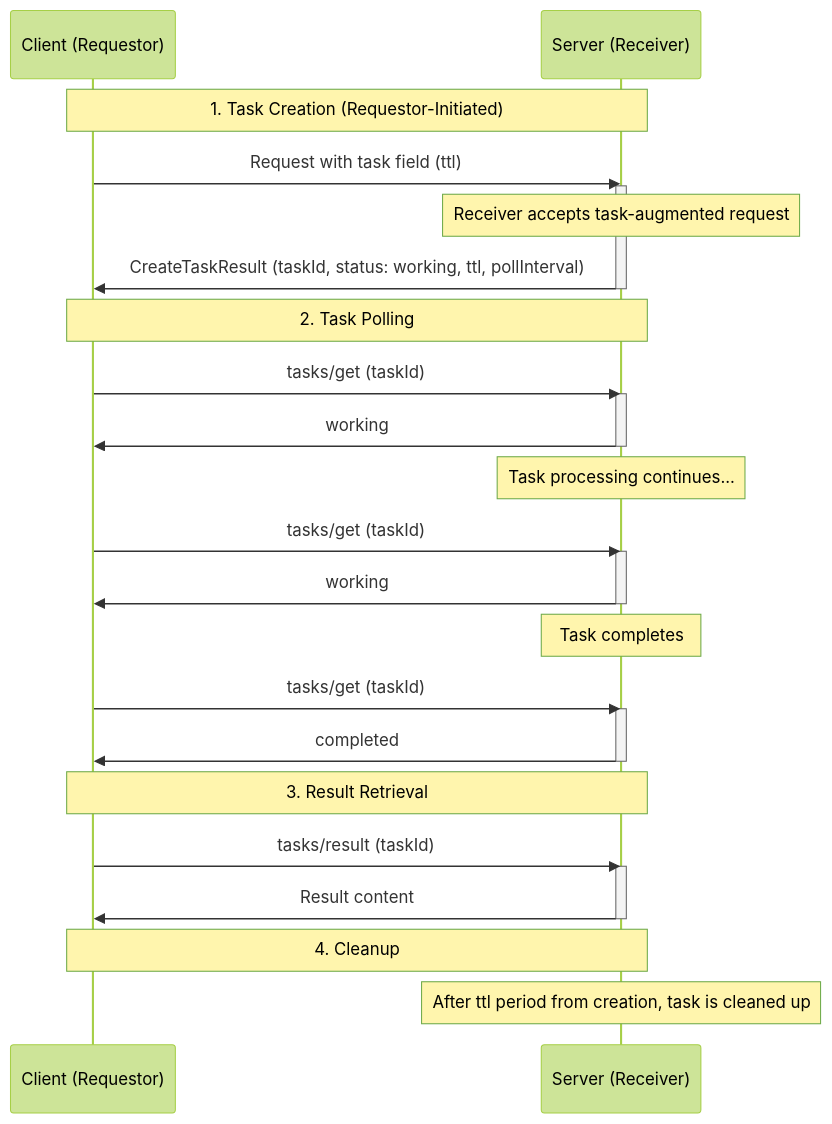
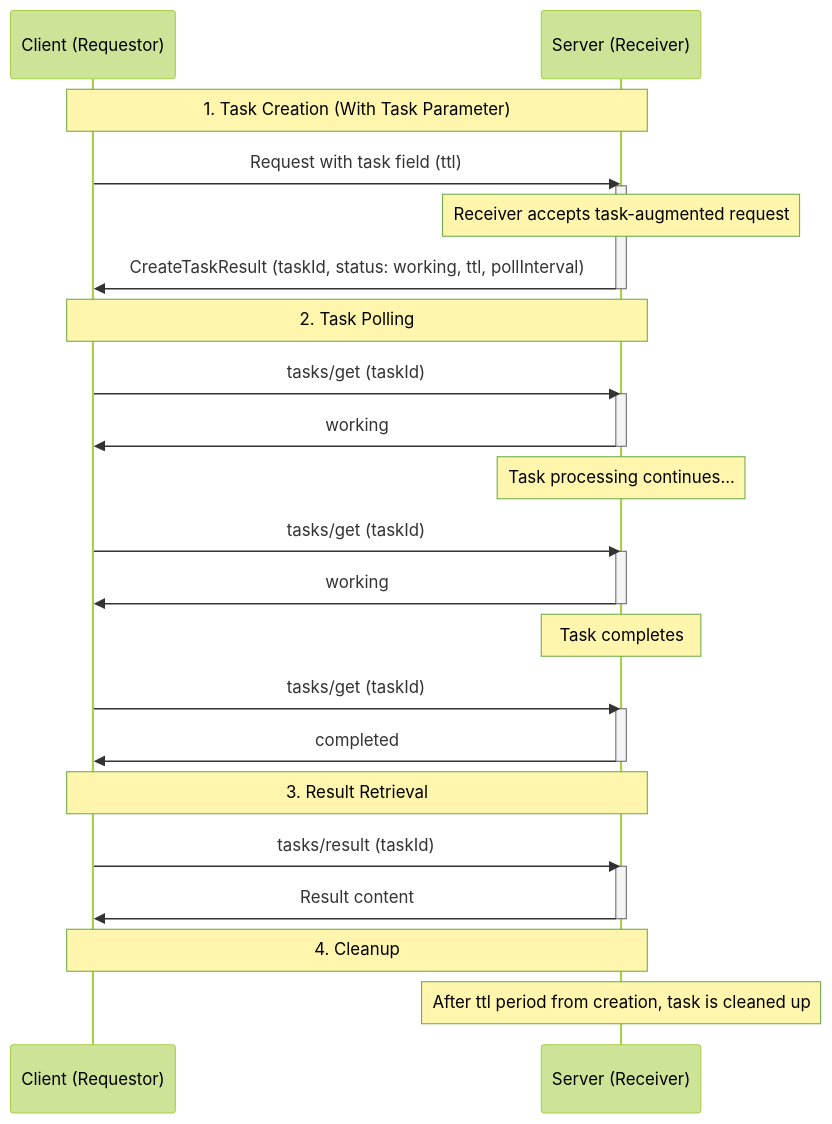
Before and after one commit to modelcontextprotocol/modelcontextprotocol: the second of 6 diagrams in docs/specification/draft/basic/utilities/tasks.mdx, drawn with Mermaid (forest theme). The commit also changed other lines of this file and 1 other file, not shown here.

````diff
--- a/docs/specification/draft/basic/utilities/tasks.mdx
+++ b/docs/specification/draft/basic/utilities/tasks.mdx
@@ -491,33 +495,33 @@
 ```mermaid
 sequenceDiagram
     participant C as Client (Requestor)
     participant S as Server (Receiver)
-    Note over C,S: 1. Task Creation (Requestor-Initiated)
+    Note over C,S: 1. Task Creation (With Task Parameter)
     C->>S: Request with task field (ttl)
     activate S
     Note over S: Receiver accepts task-augmented request
     S->>C: CreateTaskResult (taskId, status: working, ttl, pollInterval)
     deactivate S
     Note over C,S: 2. Task Polling
     C->>S: tasks/get (taskId)
     activate S
     S->>C: working
     deactivate S
     Note over S: Task processing continues...
     C->>S: tasks/get (taskId)
     activate S
     S->>C: working
     deactivate S
     Note over S: Task completes
     C->>S: tasks/get (taskId)
     activate S
     S->>C: completed
     deactivate S
     Note over C,S: 3. Result Retrieval
     C->>S: tasks/result (taskId)
     activate S
     S->>C: Result content
     deactivate S
     Note over C,S: 4. Cleanup
     Note over S: After ttl period from creation, task is cleaned up
 ```
````
